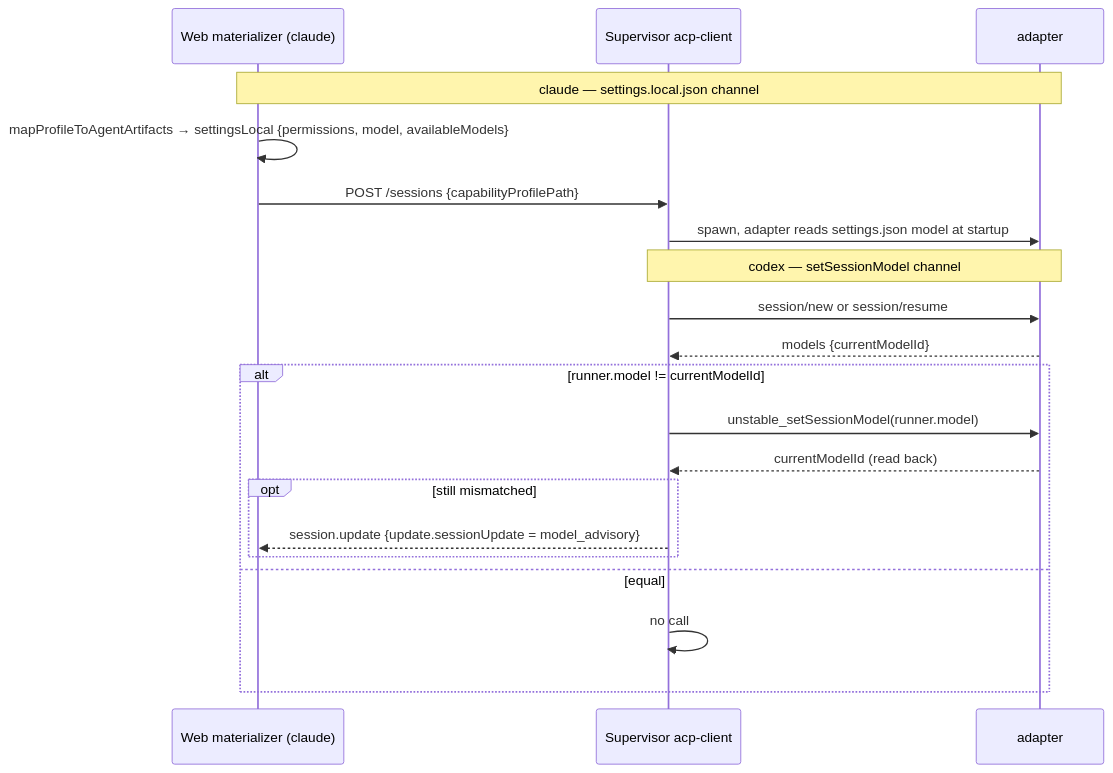
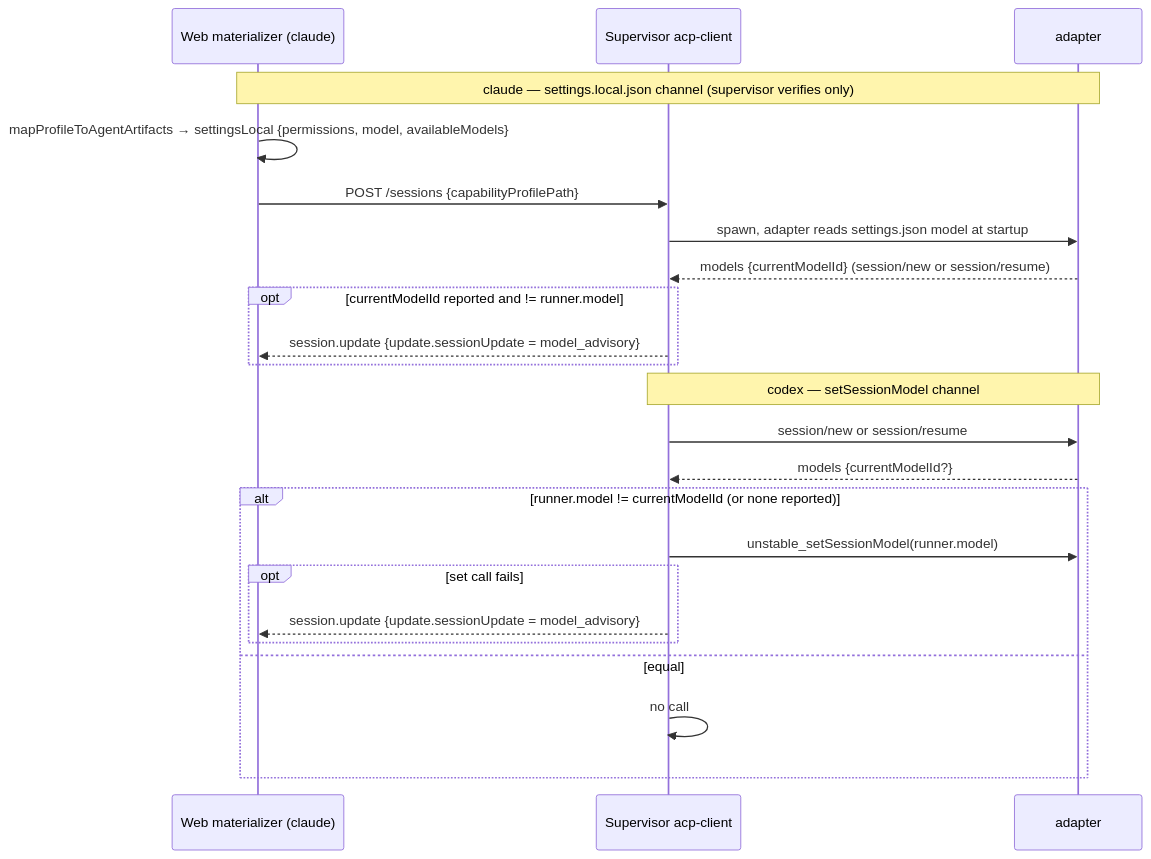
Before and after one commit to maister-dev/maister: the fourth of 5 diagrams in docs/system-analytics/model-catalog.md, drawn with Mermaid. The commit also changed other lines of this file and 40 other files, not shown here.

````diff
--- a/docs/system-analytics/model-catalog.md
+++ b/docs/system-analytics/model-catalog.md
@@ -156,24 +160,27 @@
 ```mermaid
 sequenceDiagram
     participant Web as Web materializer (claude)
     participant Sup as Supervisor acp-client
     participant Child as adapter
 
-    Note over Web,Child: claude — settings.local.json channel
+    Note over Web,Child: claude — settings.local.json channel (supervisor verifies only)
     Web->>Web: mapProfileToAgentArtifacts → settingsLocal {permissions, model, availableModels}
     Web->>Sup: POST /sessions {capabilityProfilePath}
     Sup->>Child: spawn, adapter reads settings.json model at startup
+    Child-->>Sup: models {currentModelId} (session/new or session/resume)
+    opt currentModelId reported and != runner.model
+        Sup-->>Web: session.update {update.sessionUpdate = model_advisory}
+    end
 
     Note over Sup,Child: codex — setSessionModel channel
     Sup->>Child: session/new or session/resume
-    Child-->>Sup: models {currentModelId}
-    alt runner.model != currentModelId
+    Child-->>Sup: models {currentModelId?}
+    alt runner.model != currentModelId (or none reported)
         Sup->>Child: unstable_setSessionModel(runner.model)
-        Child-->>Sup: currentModelId (read back)
-        opt still mismatched
+        opt set call fails
             Sup-->>Web: session.update {update.sessionUpdate = model_advisory}
         end
     else equal
         Sup->>Sup: no call
     end
 ```
````
